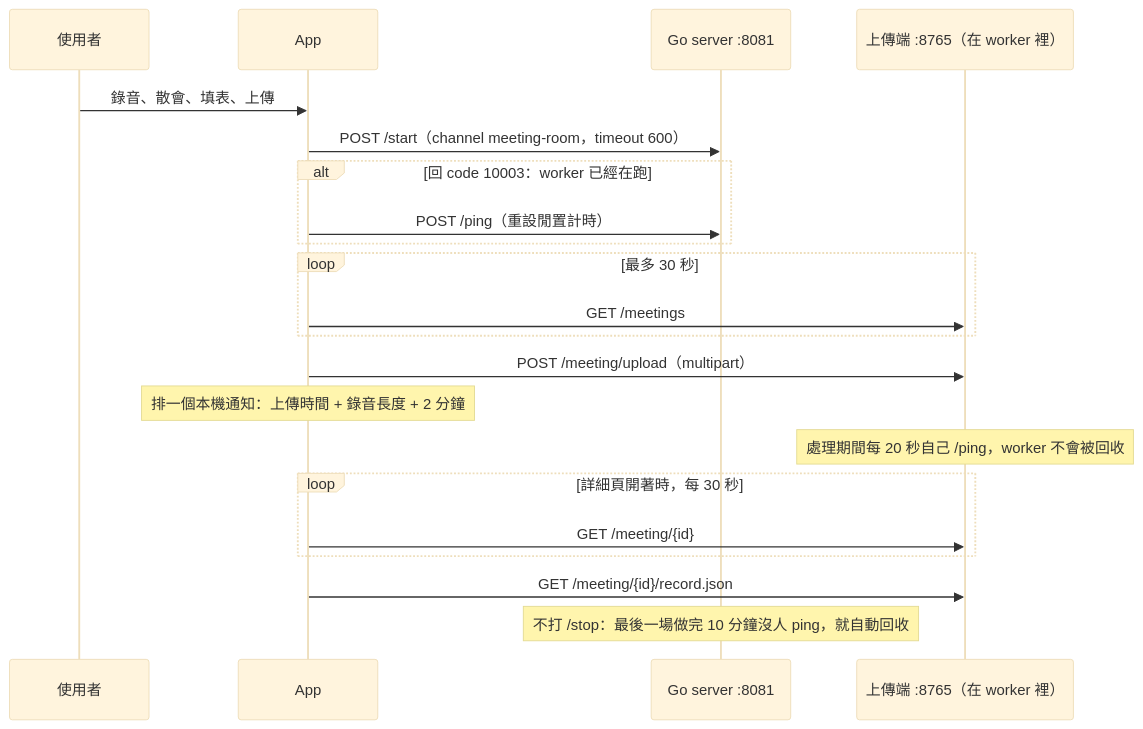
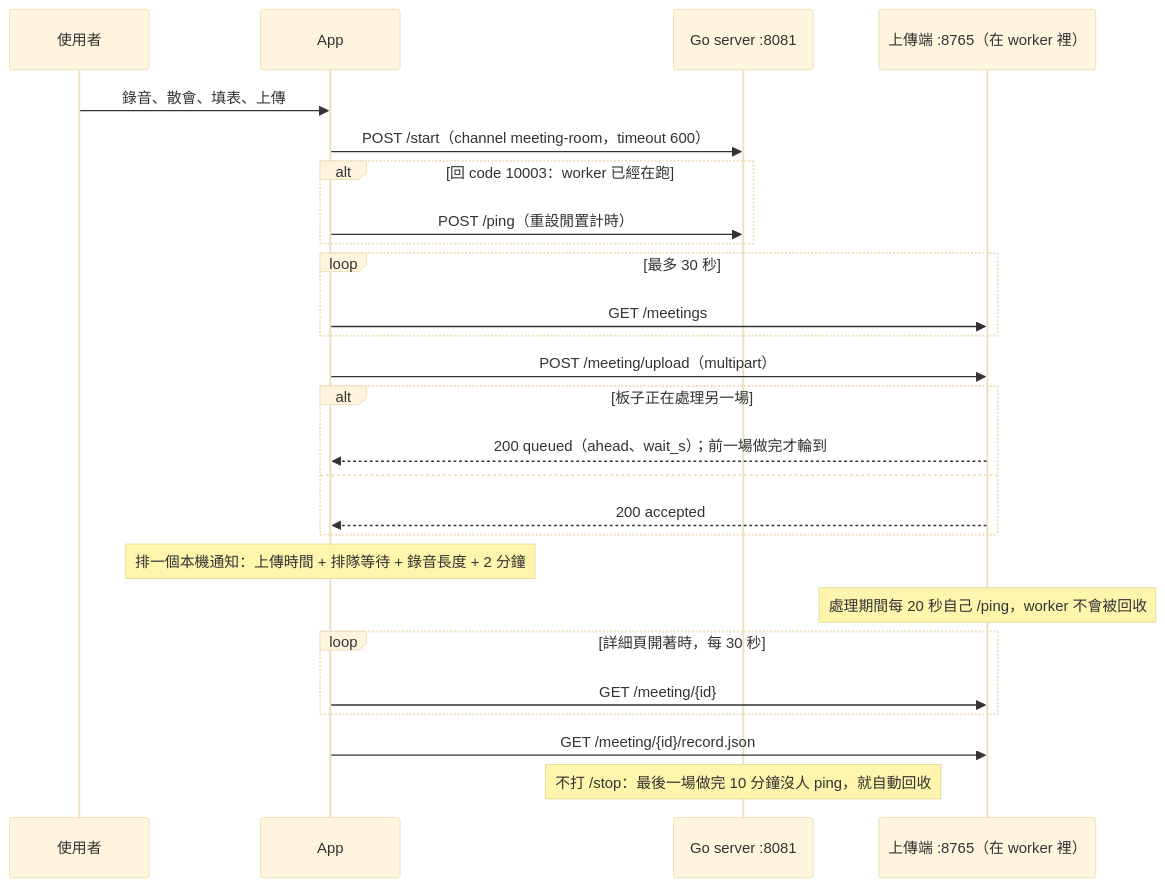
One commit to harold-2022-cloud/ten-framework-arm64 changed the first of 2 diagrams in ai_agents/meeting-app-android/DEVELOPMENT.zh-TW.md. Above: the diagram before and after it, drawn with Mermaid (base theme). The commit also changed other lines of this file and 10 other files, not shown here.

````diff
--- a/ai_agents/meeting-app-android/DEVELOPMENT.zh-TW.md
+++ b/ai_agents/meeting-app-android/DEVELOPMENT.zh-TW.md
@@ -56,23 +56,28 @@
 ```mermaid
 sequenceDiagram
     participant U as 使用者
     participant A as App
     participant S as Go server :8081
     participant W as 上傳端 :8765（在 worker 裡）
     U->>A: 錄音、散會、填表、上傳
     A->>S: POST /start（channel meeting-room，timeout 600）
     alt 回 code 10003：worker 已經在跑
         A->>S: POST /ping（重設閒置計時）
     end
     loop 最多 30 秒
         A->>W: GET /meetings
     end
     A->>W: POST /meeting/upload（multipart）
-    Note over A: 排一個本機通知：上傳時間 + 錄音長度 + 2 分鐘
+    alt 板子正在處理另一場
+        W-->>A: 200 queued（ahead、wait_s）；前一場做完才輪到
+    else
+        W-->>A: 200 accepted
+    end
+    Note over A: 排一個本機通知：上傳時間 + 排隊等待 + 錄音長度 + 2 分鐘
     Note over W: 處理期間每 20 秒自己 /ping，worker 不會被回收
     loop 詳細頁開著時，每 30 秒
         A->>W: GET /meeting/{id}
     end
     A->>W: GET /meeting/{id}/record.json
     Note over S: 不打 /stop：最後一場做完 10 分鐘沒人 ping，就自動回收
 ```
````
